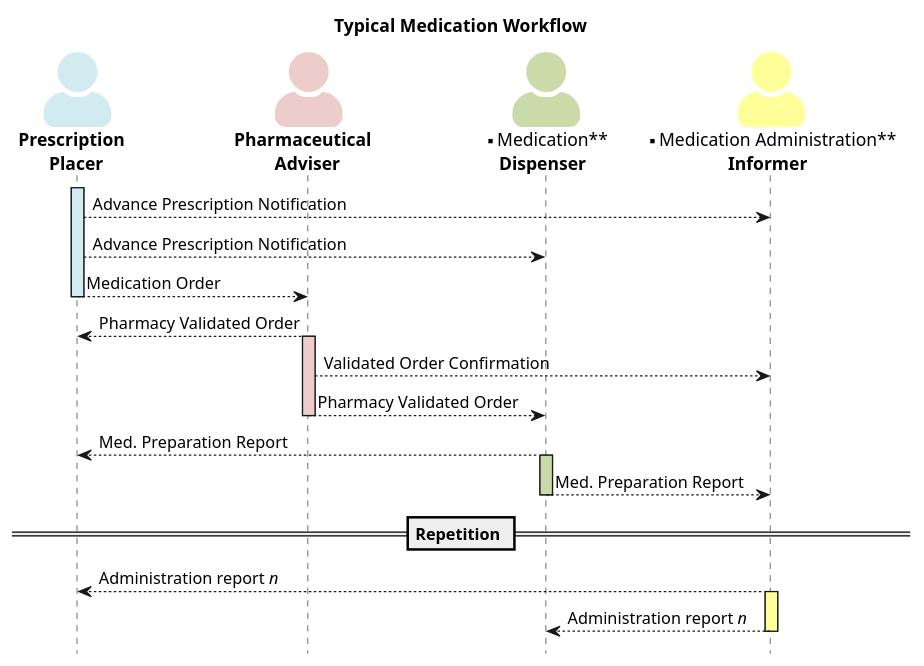
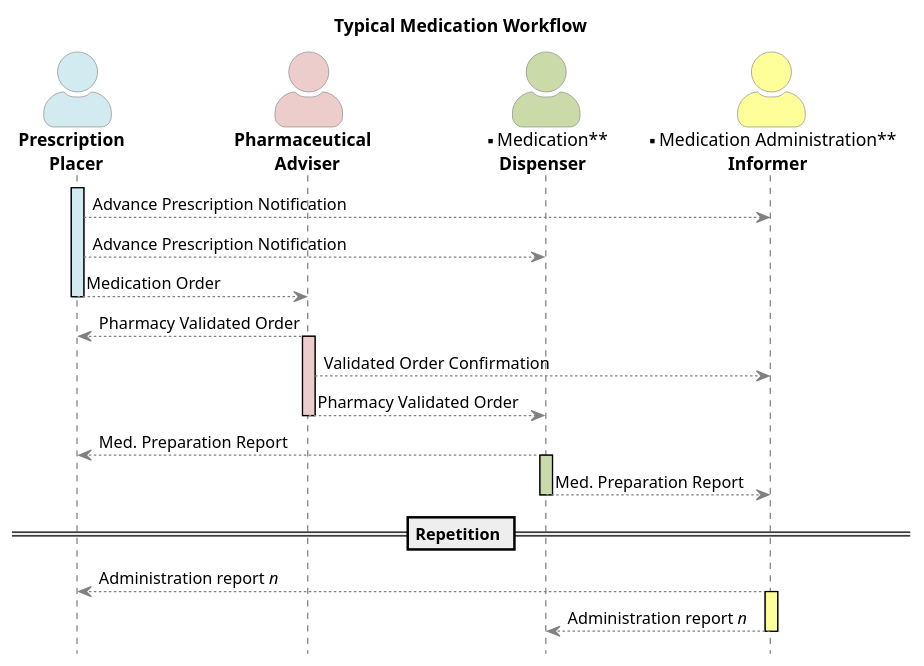
Before and after one commit to IHE/pharm-mpd: the diagram in input/images-source/sequence-diagram.plantuml, drawn with PlantUML.

Commit message:
image sequence correction

```diff
--- a/input/images-source/sequence-diagram.plantuml
+++ b/input/images-source/sequence-diagram.plantuml
@@ -1,48 +1,51 @@
 @startuml
 title Typical Medication Workflow
 skinparam actorStyle awesome
-skinparam {
-    ActorBorderColor None
 
+skinparam sequence {
+ArrowColor gray
+ActorBorderColor gray
+LifeLineBorderColor black
 }
+skinparam shadowing false
 hide footbox
 
 
 actor "**Prescription** \n **Placer**" as P #d1ebf1
 
 actor "**Pharmaceutical** \n **Adviser**" as PHA #edcdcb
 actor "** Medication** \n **Dispenser **" as PD #cadaa9
 actor "** Medication Administration** \n **Informer **" as MAI #ffff99
 
 activate P #d1ebf1
 
 P --> MAI : Advance Prescription Notification
 P --> PD: Advance Prescription Notification 
 P --> PHA: Medication Order
 deactivate P
 
 
 PHA --> P: Pharmacy Validated Order
 activate PHA #edcdcb
 
 PHA --> MAI: Validated Order Confirmation
 PHA --> PD: Pharmacy Validated Order
 deactivate PHA
 
 
 PD --> P: Med. Preparation Report
 activate PD #cadaa9
 
 PD --> MAI: Med. Preparation Report
 deactivate PD
 
 == Repetition ==
 
 
 MAI --> P: Administration report <i>n</i>
 activate MAI #ffff99
 
 MAI --> PD: Administration report <i>n</i>
 deactivate MAI
 
 @enduml
```
